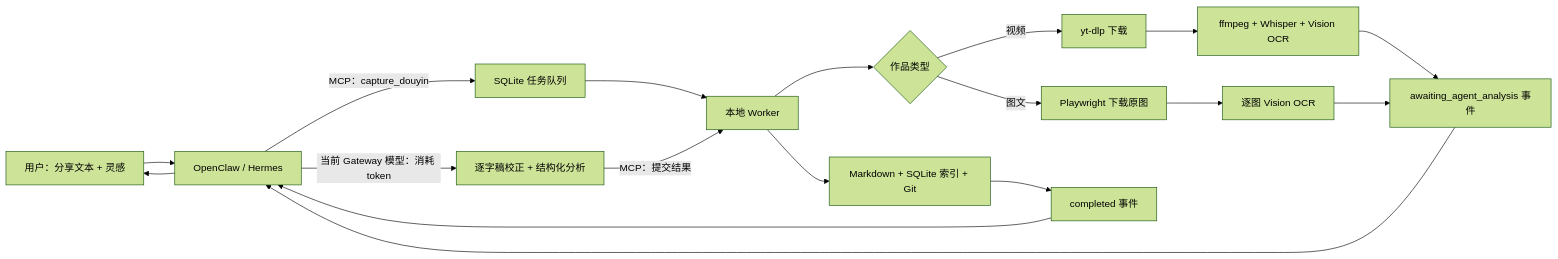
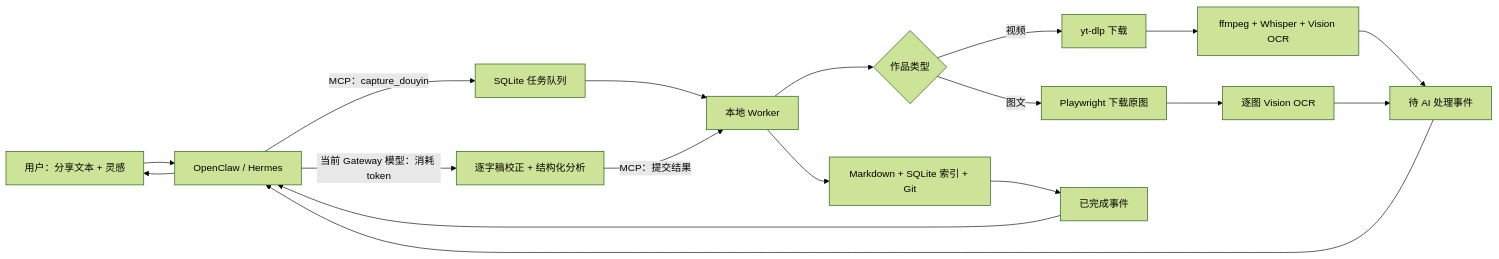
One commit to WYgao29/douyin-wiki changed the diagram in docs/gateway-agents.md. Above: the diagram before and after it, drawn with Mermaid (forest theme). The commit also changed other lines of this file and 59 other files, not shown here.

````diff
--- a/docs/gateway-agents.md
+++ b/docs/gateway-agents.md
@@ -8,20 +8,20 @@
 ```mermaid
 flowchart LR
     U["用户：分享文本 + 灵感"] --> G["OpenClaw / Hermes"]
     G -->|"MCP：capture_douyin"| Q["SQLite 任务队列"]
     Q --> W["本地 Worker"]
     W --> K{"作品类型"}
     K -->|"视频"| D["yt-dlp 下载"]
     D --> T["ffmpeg + Whisper + Vision OCR"]
     K -->|"图文"| P["Playwright 下载原图"]
     P --> O["逐图 Vision OCR"]
-    T --> E["awaiting_agent_analysis 事件"]
+    T --> E["待 AI 处理事件"]
     O --> E
     E --> G
     G -->|"当前 Gateway 模型：消耗 token"| C["逐字稿校正 + 结构化分析"]
     C -->|"MCP：提交结果"| W
     W --> V["Markdown + SQLite 索引 + Git"]
-    V --> F["completed 事件"]
+    V --> F["已完成事件"]
     F --> G
     G --> U
 ```
````
